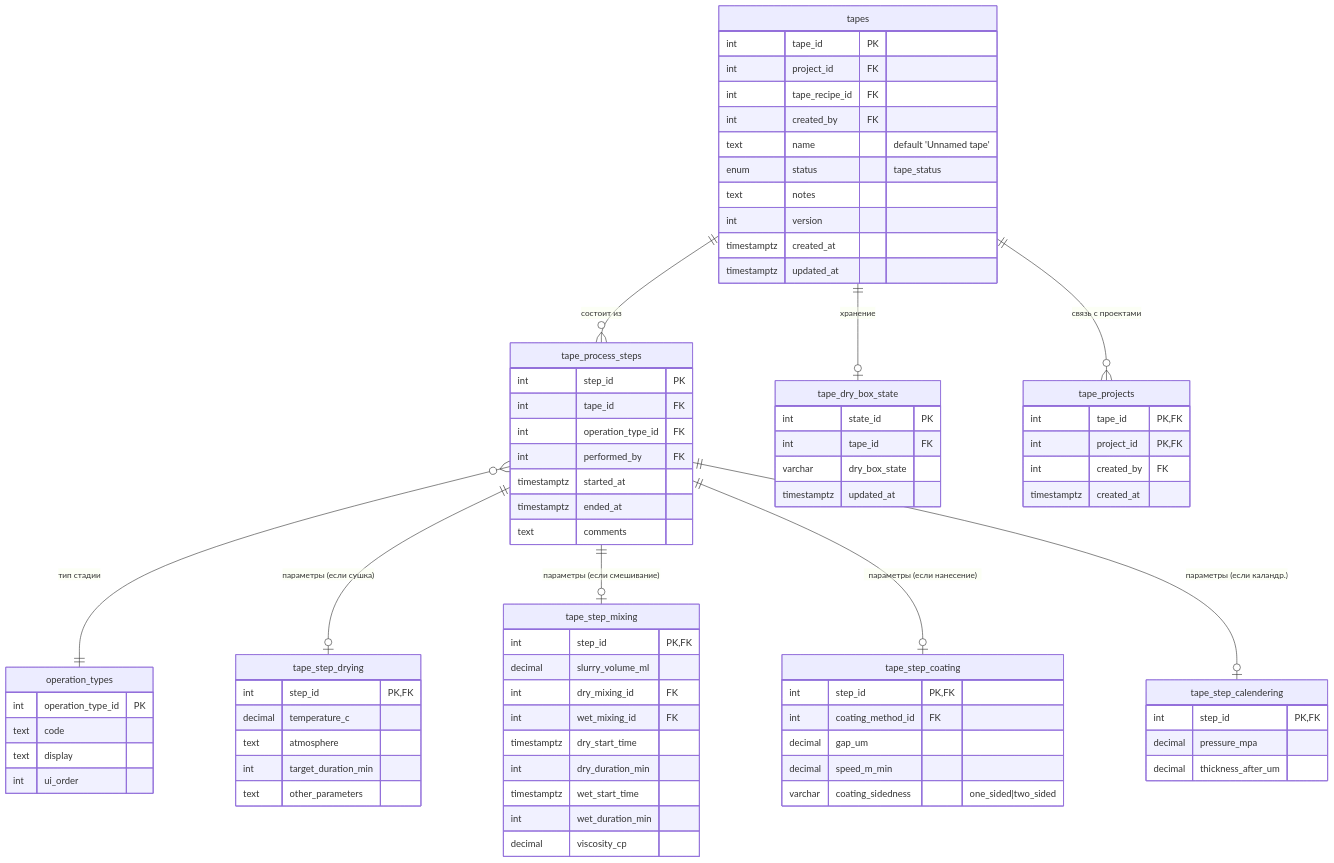
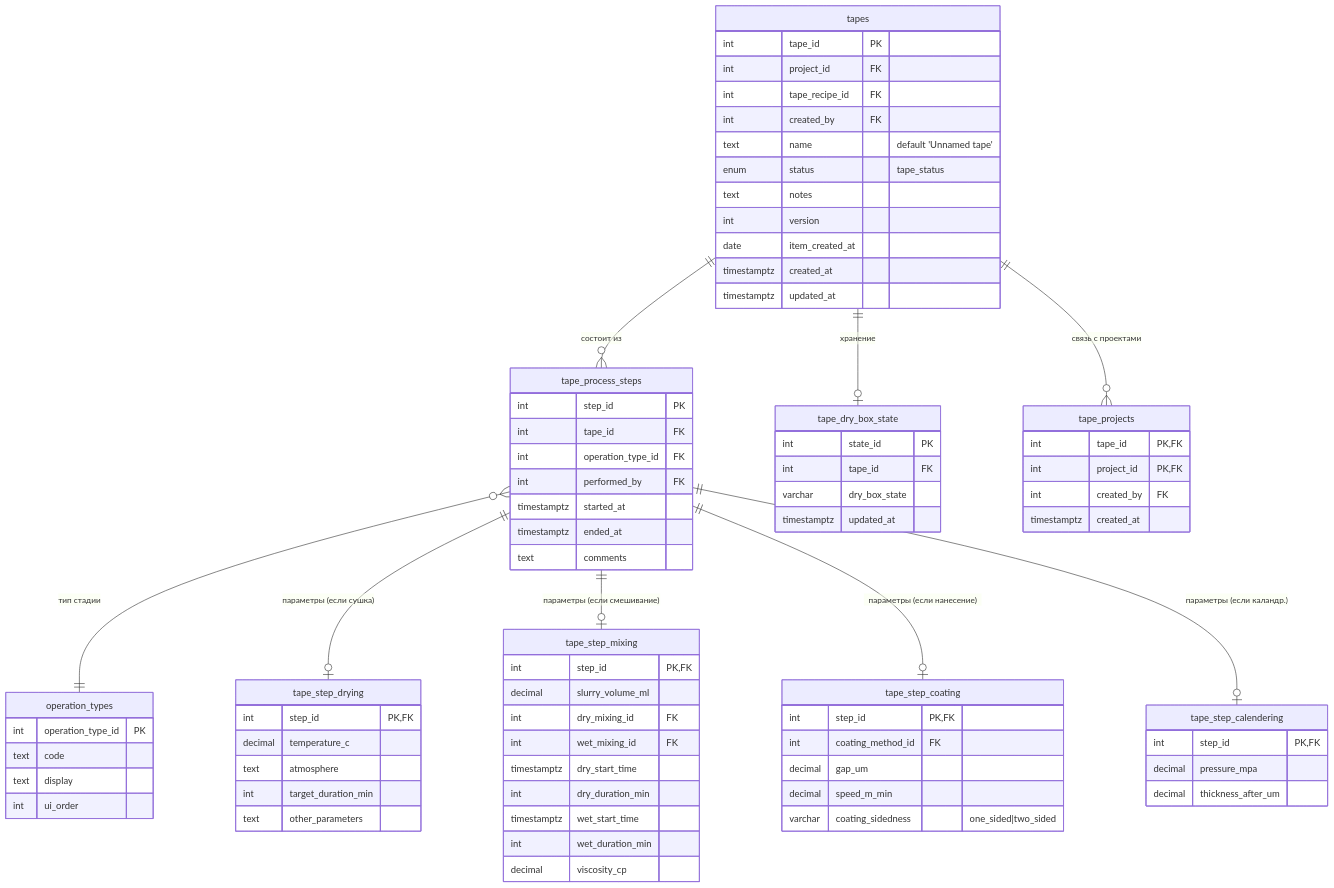
The sixth of 16 diagrams in Документация ЕСПД/03. Пояснительная записка.md (chem-coder/BADB---Battery-Assembly-Database), drawn with Mermaid before and after one commit. The commit also changed other lines of this file and 40 other files, not shown here.

````diff
--- a/Документация ЕСПД/03. Пояснительная записка.md
+++ b/Документация ЕСПД/03. Пояснительная записка.md
@@ -473,81 +473,82 @@
 ```mermaid
 erDiagram
     tapes {
         int tape_id PK
         int project_id FK
         int tape_recipe_id FK
         int created_by FK
         text name "default 'Unnamed tape'"
         enum status "tape_status"
         text notes
         int version
+        date item_created_at
         timestamptz created_at
         timestamptz updated_at
     }
     tape_process_steps {
         int step_id PK
         int tape_id FK
         int operation_type_id FK
         int performed_by FK
         timestamptz started_at
         timestamptz ended_at
         text comments
     }
     operation_types {
         int operation_type_id PK
         text code
         text display
         int ui_order
     }
     tape_step_drying {
         int step_id PK,FK
         decimal temperature_c
         text atmosphere
         int target_duration_min
         text other_parameters
     }
     tape_step_mixing {
         int step_id PK,FK
         decimal slurry_volume_ml
         int dry_mixing_id FK
         int wet_mixing_id FK
         timestamptz dry_start_time
         int dry_duration_min
         timestamptz wet_start_time
         int wet_duration_min
         decimal viscosity_cp
     }
     tape_step_coating {
         int step_id PK,FK
         int coating_method_id FK
         decimal gap_um
         decimal speed_m_min
         varchar coating_sidedness "one_sided|two_sided"
     }
     tape_step_calendering {
         int step_id PK,FK
         decimal pressure_mpa
         decimal thickness_after_um
     }
     tape_dry_box_state {
         int state_id PK
         int tape_id FK
         varchar dry_box_state
         timestamptz updated_at
     }
     tape_projects {
         int tape_id PK,FK
         int project_id PK,FK
         int created_by FK
         timestamptz created_at
     }
 
     tapes ||--o{ tape_process_steps : "состоит из"
     tape_process_steps }o--|| operation_types : "тип стадии"
     tape_process_steps ||--o| tape_step_drying : "параметры (если сушка)"
     tape_process_steps ||--o| tape_step_mixing : "параметры (если смешивание)"
     tape_process_steps ||--o| tape_step_coating : "параметры (если нанесение)"
     tape_process_steps ||--o| tape_step_calendering : "параметры (если каландр.)"
     tapes ||--o| tape_dry_box_state : "хранение"
     tapes ||--o{ tape_projects : "связь с проектами"
 ```
````
